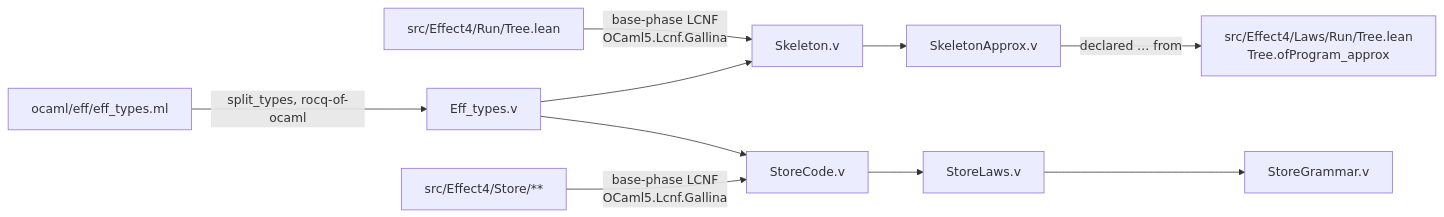
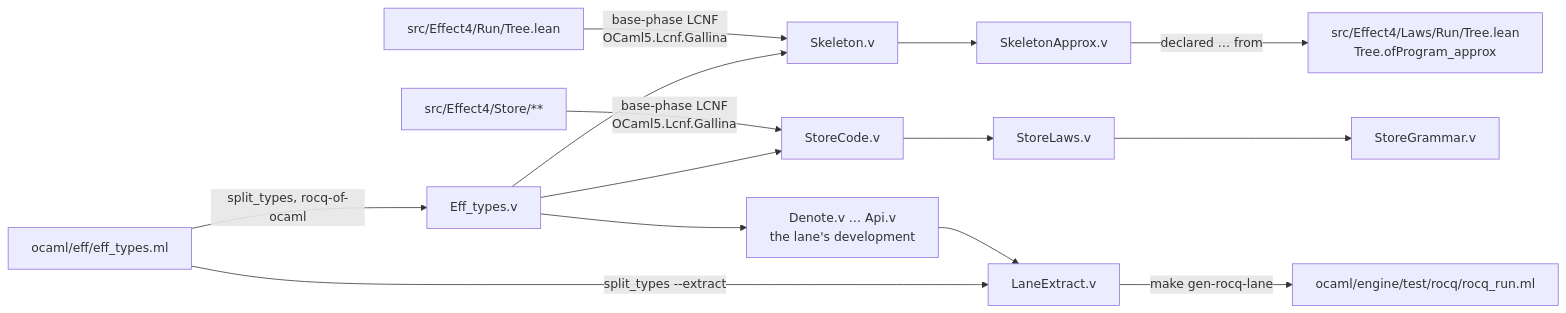
One commit to pure-algebra/lean4-effect4 changed the diagram in rocq/README.md. Above: the diagram before and after it, drawn with Mermaid. The commit also changed other lines of this file and 18 other files, not shown here.

````diff
--- a/rocq/README.md
+++ b/rocq/README.md
@@ -31,12 +38,16 @@
 ```mermaid
 flowchart LR
   T["src/Effect4/Run/Tree.lean"] -- "base-phase LCNF<br/>OCaml5.Lcnf.Gallina" --> S["Skeleton.v"]
   O["ocaml/eff/eff_types.ml"] -- "split_types, rocq-of-ocaml" --> E["Eff_types.v"]
   E --> S
   S --> A["SkeletonApprox.v"]
   A -- "declared … from" --> L["src/Effect4/Laws/Run/Tree.lean<br/>Tree.ofProgram_approx"]
   W["src/Effect4/Store/**"] -- "base-phase LCNF<br/>OCaml5.Lcnf.Gallina" --> C["StoreCode.v"]
   E --> C
   C --> SL["StoreLaws.v"]
   SL --> G["StoreGrammar.v"]
+  E --> D["Denote.v … Api.v<br/>the lane's development"]
+  D --> X["LaneExtract.v"]
+  O -- "split_types --extract" --> X
+  X -- "make gen-rocq-lane" --> R["ocaml/engine/test/rocq/rocq_run.ml"]
 ```
````
